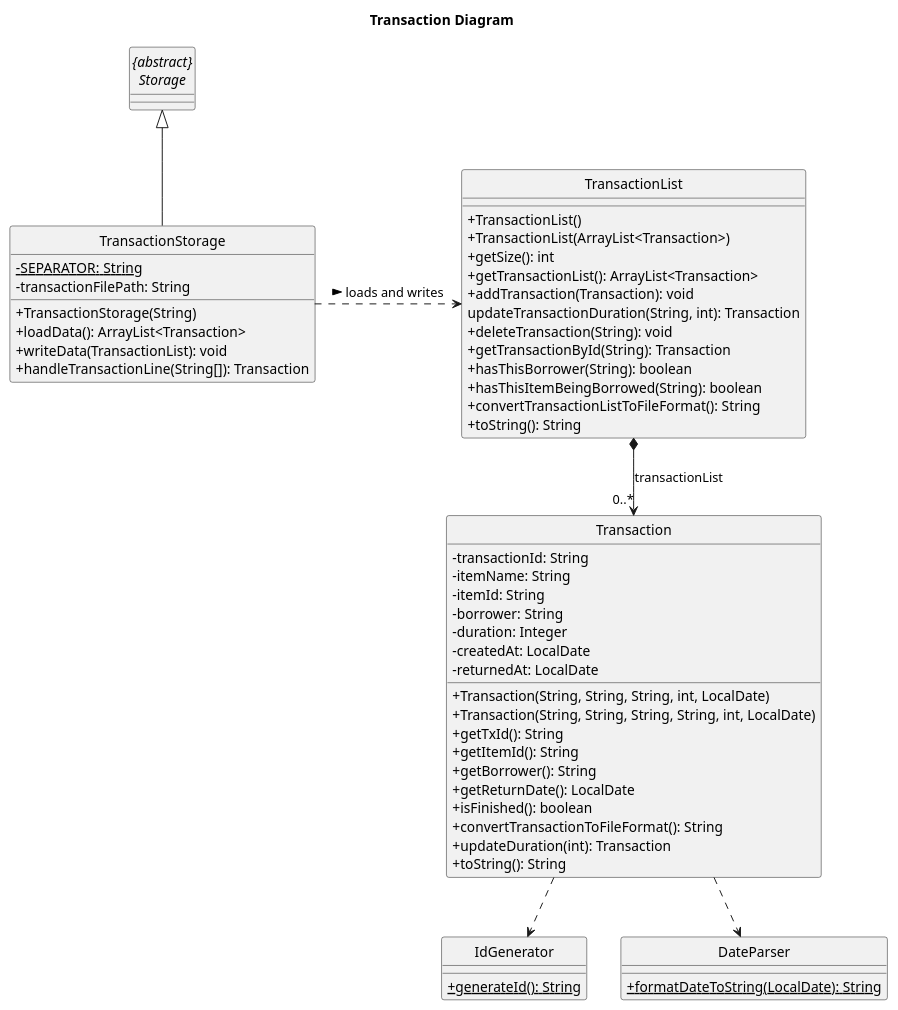
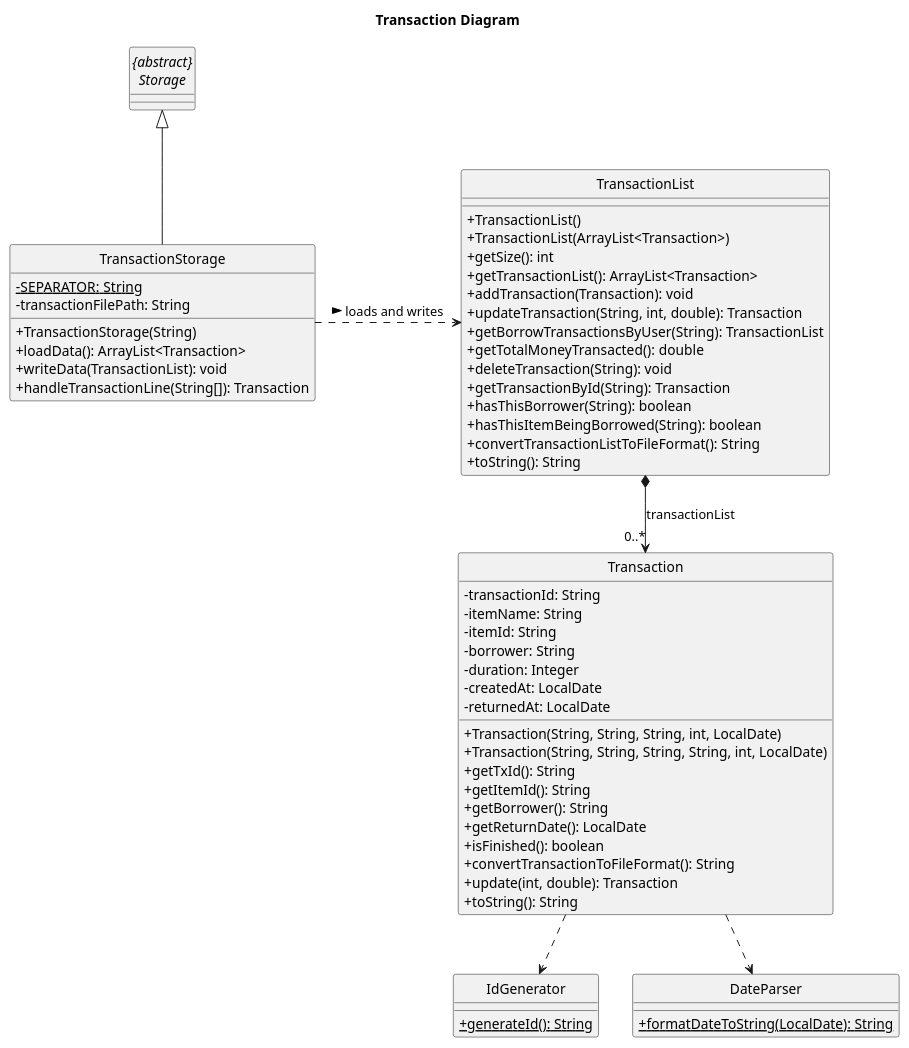
The diagram in docs/diagrams/transaction/TransactionClass.puml (nus-cs2113-AY2223S1/tp), drawn with PlantUML before and after one commit. The commit also changed 4 other files, not shown here.

```diff
--- a/docs/diagrams/transaction/TransactionClass.puml
+++ b/docs/diagrams/transaction/TransactionClass.puml
@@ -1,70 +1,72 @@
 @startuml
 title Transaction Diagram
 
 skinparam classAttributeIconSize 0
 hide footbox
 hide circle
 
 class Transaction {
     - transactionId: String
     - itemName: String
     - itemId: String
     - borrower: String
     - duration: Integer
     - createdAt: LocalDate
     - returnedAt: LocalDate
 
     + Transaction(String, String, String, int, LocalDate)
     + Transaction(String, String, String, String, int, LocalDate)
     + getTxId(): String
     + getItemId(): String
     + getBorrower(): String
     + getReturnDate(): LocalDate
     + isFinished(): boolean
     + convertTransactionToFileFormat(): String
-    + updateDuration(int): Transaction
+    + update(int, double): Transaction
     + toString(): String
 }
 
 class TransactionList {
     + TransactionList()
     + TransactionList(ArrayList<Transaction>)
     + getSize(): int
     + getTransactionList(): ArrayList<Transaction>
     + addTransaction(Transaction): void
-    updateTransactionDuration(String, int): Transaction
+    + updateTransaction(String, int, double): Transaction
+    + getBorrowTransactionsByUser(String): TransactionList
+    + getTotalMoneyTransacted(): double
     + deleteTransaction(String): void
     + getTransactionById(String): Transaction
     + hasThisBorrower(String): boolean
     + hasThisItemBeingBorrowed(String): boolean
     + convertTransactionListToFileFormat(): String
     + toString(): String
 }
 
 class TransactionStorage {
     {static} - SEPARATOR: String
     - transactionFilePath: String
     + TransactionStorage(String)
     + loadData(): ArrayList<Transaction>
     + writeData(TransactionList): void
     + handleTransactionLine(String[]): Transaction
 }
 
 class IdGenerator {
     {static} + generateId(): String
 }
 
 abstract class "{abstract}\nStorage" {
 }
 
 class DateParser {
     {static} + formatDateToString(LocalDate): String
 }
 
 TransactionStorage .> TransactionList : > loads and writes
 TransactionList *--> "0..*" Transaction: transactionList
 Transaction ..> IdGenerator
 Transaction ..> DateParser
 "{abstract}\nStorage" <|-- TransactionStorage
 
 @enduml
```
